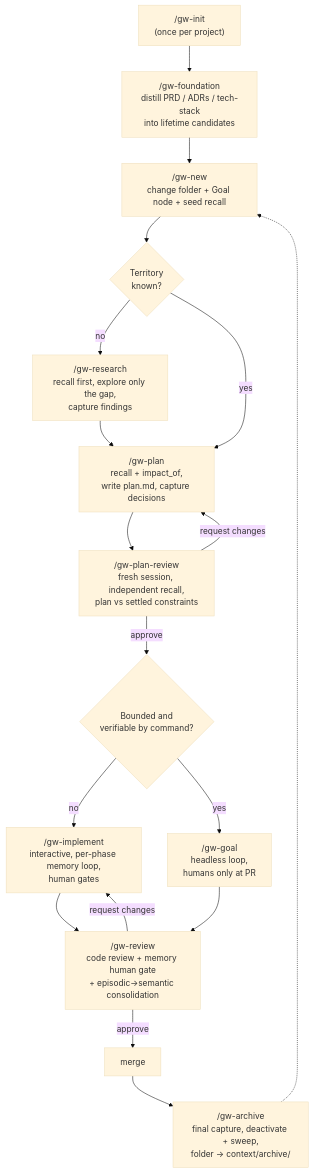
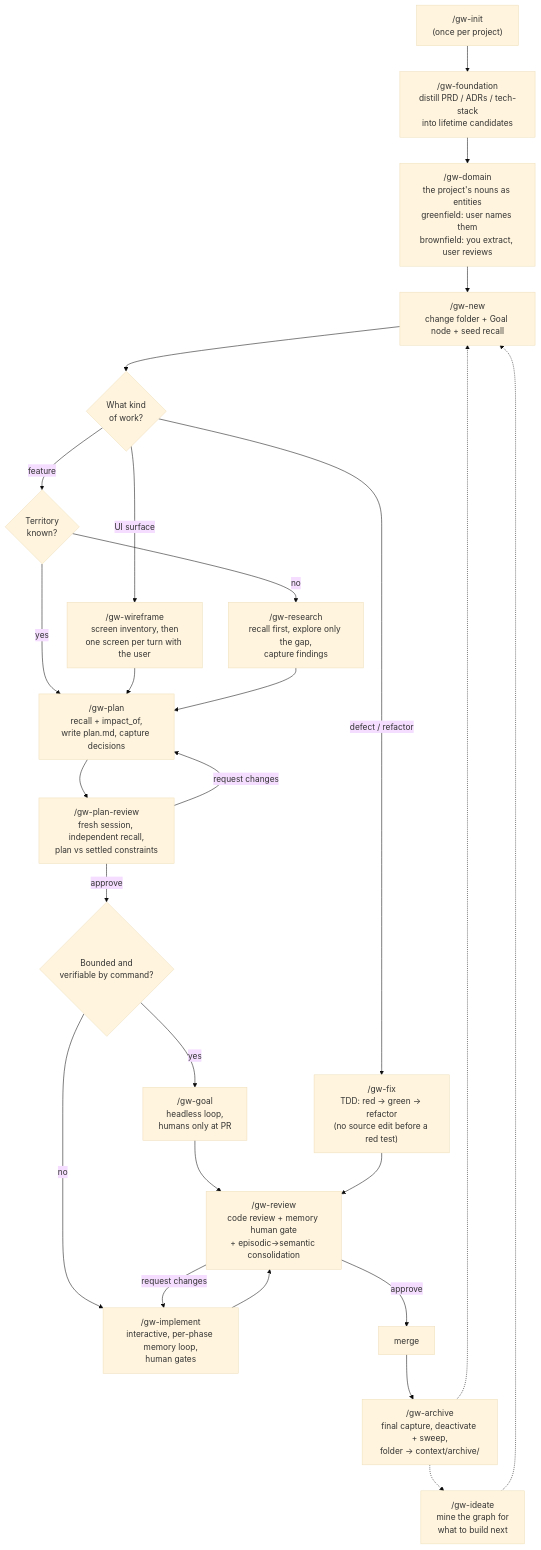
Before and after one commit to mt3o-dev/graph-workflow: the first of 5 diagrams in docs/USAGE.en.md, drawn with Mermaid (base theme). The commit also changed other lines of this file and 19 other files, not shown here.

First line of the commit message:
feat(gw): five new skills — domain, consolidate, wireframe, ideate, fix (p1)

````diff
--- a/docs/USAGE.en.md
+++ b/docs/USAGE.en.md
@@ -20,20 +20,28 @@
 ```mermaid
 flowchart TD
     INIT["/gw-init<br/>(once per project)"] --> FOUND["/gw-foundation<br/>distill PRD / ADRs / tech-stack<br/>into lifetime candidates"]
-    FOUND --> NEW["/gw-new<br/>change folder + Goal node + seed recall"]
-    NEW --> Q{Territory<br/>known?}
+    FOUND --> DOM["/gw-domain<br/>the project's nouns as entities<br/>greenfield: user names them<br/>brownfield: you extract, user reviews"]
+    DOM --> NEW["/gw-new<br/>change folder + Goal node + seed recall"]
+    NEW --> KIND{What kind<br/>of work?}
+    KIND -- "defect / refactor" --> FIX["/gw-fix<br/>TDD: red → green → refactor<br/>(no source edit before a red test)"]
+    KIND -- "UI surface" --> WIRE["/gw-wireframe<br/>screen inventory, then<br/>one screen per turn with the user"]
+    KIND -- "feature" --> Q{Territory<br/>known?}
     Q -- "no" --> RES["/gw-research<br/>recall first, explore only the gap,<br/>capture findings"]
     Q -- "yes" --> PLAN
+    WIRE --> PLAN
     RES --> PLAN["/gw-plan<br/>recall + impact_of,<br/>write plan.md, capture decisions"]
     PLAN --> PLANREV["/gw-plan-review<br/>fresh session, independent recall,<br/>plan vs settled constraints"]
     PLANREV -- "request changes" --> PLAN
     PLANREV -- "approve" --> MODE{Bounded and<br/>verifiable by command?}
     MODE -- "no" --> IMPL["/gw-implement<br/>interactive, per-phase memory loop,<br/>human gates"]
     MODE -- "yes" --> GOAL["/gw-goal<br/>headless loop,<br/>humans only at PR"]
     IMPL --> REV["/gw-review<br/>code review + memory human gate<br/>+ episodic→semantic consolidation"]
     GOAL --> REV
+    FIX --> REV
     REV -- "request changes" --> IMPL
     REV -- "approve" --> MERGE["merge"]
     MERGE --> ARCH["/gw-archive<br/>final capture, deactivate + sweep,<br/>folder → context/archive/"]
     ARCH -.-> NEW
+    ARCH -.-> IDEA["/gw-ideate<br/>mine the graph for<br/>what to build next"]
+    IDEA -.-> NEW
 ```
````
